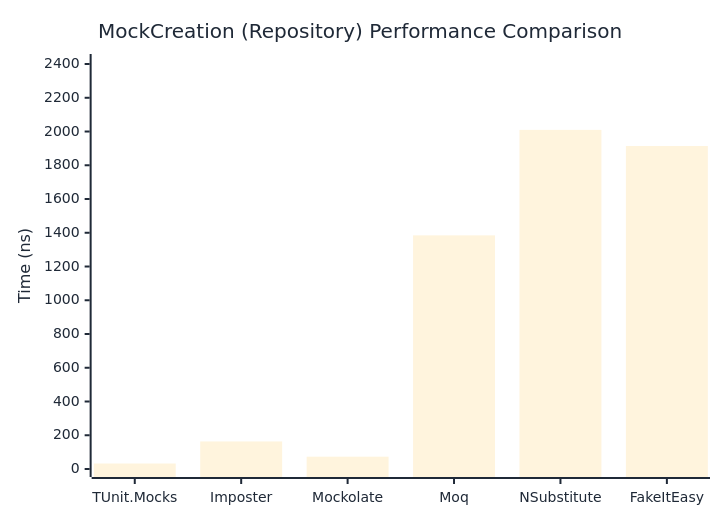
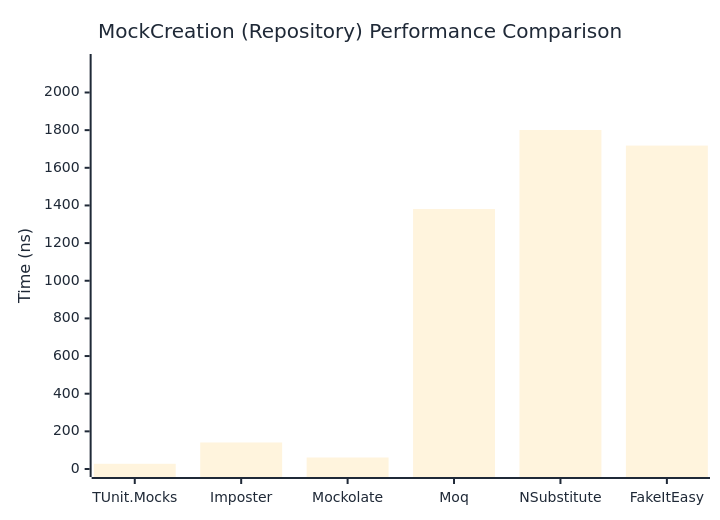
Before and after one commit to thomhurst/TUnit: the second of 2 diagrams in docs/docs/benchmarks/mocks/MockCreation.md, drawn with Mermaid. The commit also changed other lines of this file and 14 other files, not shown here.

````diff
--- a/docs/docs/benchmarks/mocks/MockCreation.md
+++ b/docs/docs/benchmarks/mocks/MockCreation.md
@@ -71,27 +71,27 @@
 ```mermaid
 %%{init: {
   'theme':'base',
   'themeVariables': {
     'primaryColor': '#2563eb',
     'primaryTextColor': '#1f2937',
     'primaryBorderColor': '#1e40af',
     'lineColor': '#6b7280',
     'secondaryColor': '#7c3aed',
     'tertiaryColor': '#dc2626',
     'background': '#ffffff',
     'pie1': '#2563eb',
     'pie2': '#7c3aed',
     'pie3': '#dc2626',
     'pie4': '#f59e0b',
     'pie5': '#10b981',
     'pie6': '#06b6d4',
     'pie7': '#ec4899',
     'pie8': '#6366f1'
   }
 }}%%
 xychart-beta
   title "MockCreation (Repository) Performance Comparison"
   x-axis ["TUnit.Mocks", "Imposter", "Mockolate", "Moq", "NSubstitute", "FakeItEasy"]
-  y-axis "Time (ns)" 0 --> 2412
-  bar [32.57, 163.32, 72.96, 1384.69, 2009.77, 1914.33]
+  y-axis "Time (ns)" 0 --> 2162
+  bar [27.67, 140.95, 61.09, 1380.94, 1800.89, 1718.02]
 ```
````
